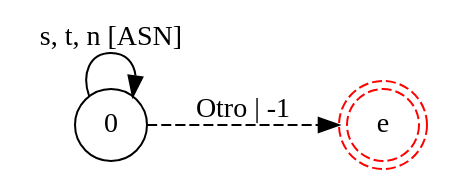
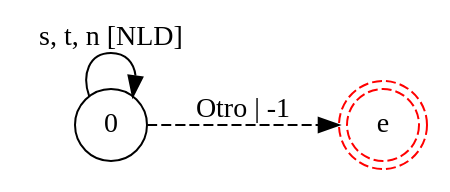
Before and after one commit to iroumec/RouVel-Compiler: the diagram in resources/diagrams/graphs/discard.dot, drawn with Graphviz. The commit also changed 29 other files, not shown here.

```diff
--- a/resources/diagrams/graphs/discard.dot
+++ b/resources/diagrams/graphs/discard.dot
@@ -1,8 +1,8 @@
 digraph DFA {
     rankdir = LR;
     node [shape = circle;];
     eG [shape = doublecircle;style = dashed;color = red;label = "e";];
     
-    0 -> 0 [label = "s, t, n [ASN]";];
+    0 -> 0 [label = "s, t, n [NLD]";];
     0 -> eG [label = "Otro | -1"; style = dashed;];
 }
```
